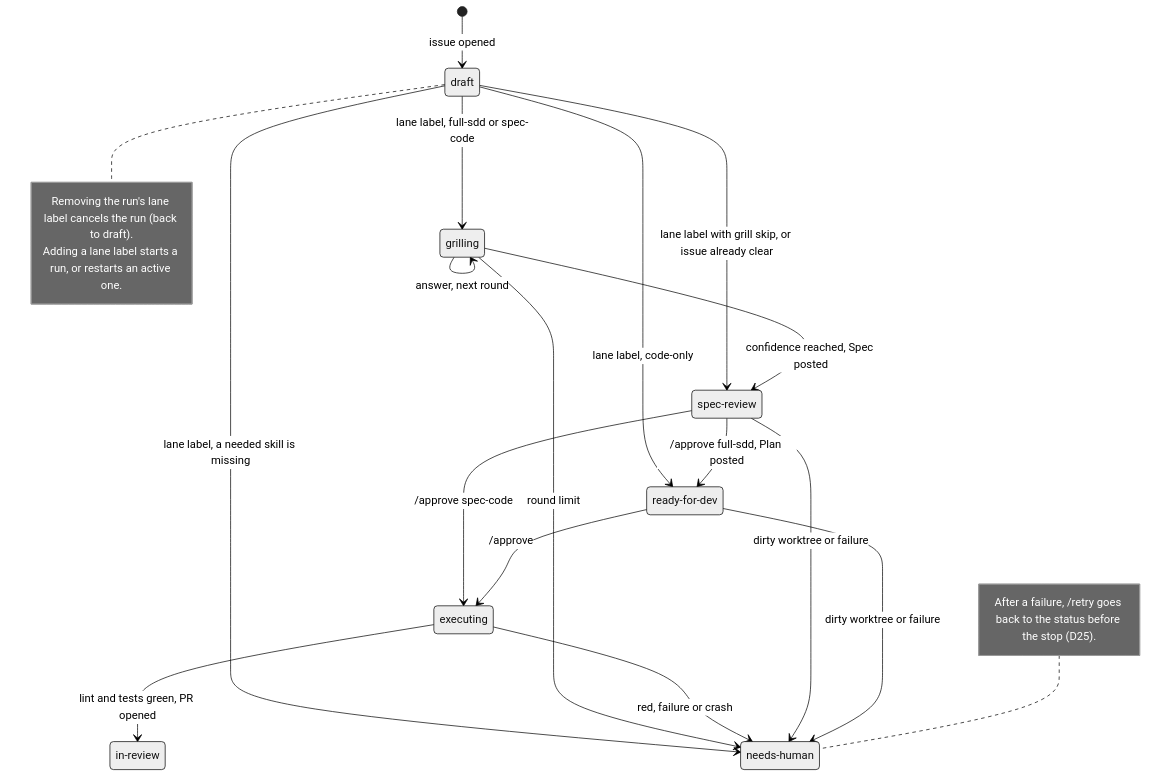
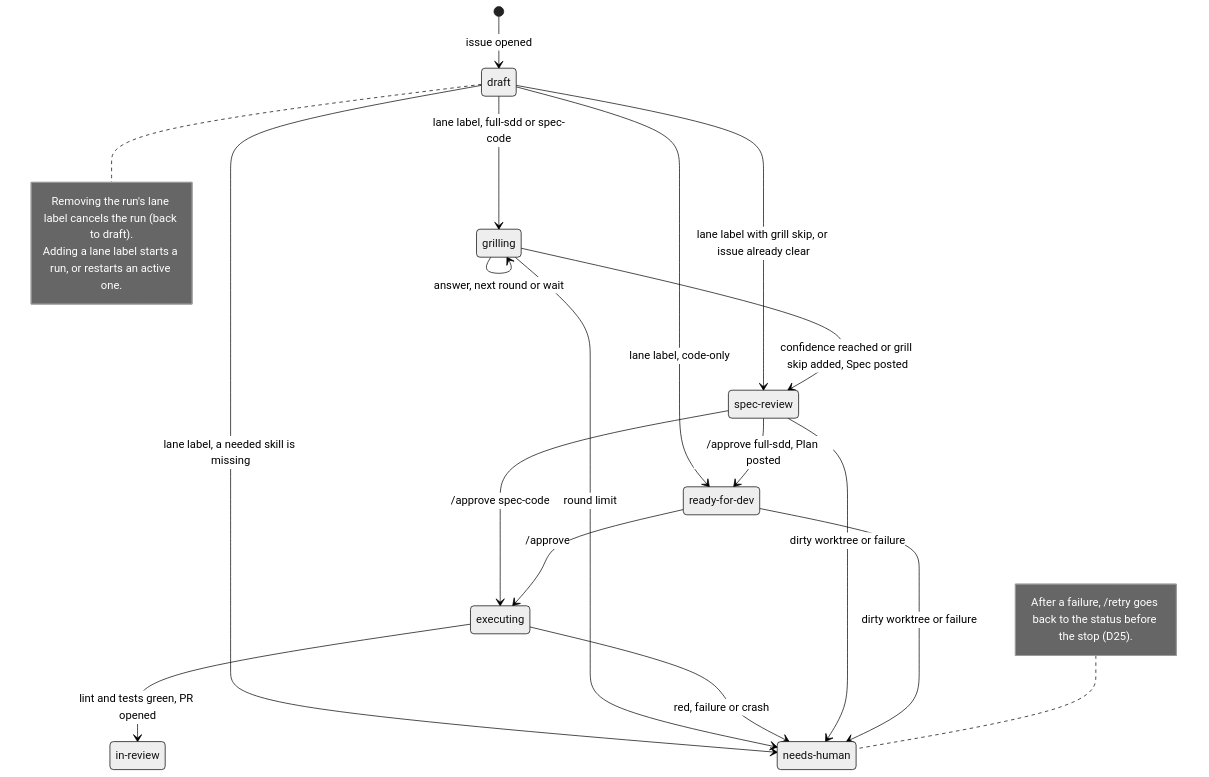
The diagram in docs/specs/spec-github-agent-architecture-overview.md (Hugoer/sdd-agent), drawn with Mermaid (neutral theme) before and after one commit. The commit also changed other lines of this file and 4 other files, not shown here.

Commit message:
docs: spec 6 grill-me: spec and plan approved (P1–P5 confirmed, review applied)

````diff
--- a/docs/specs/spec-github-agent-architecture-overview.md
+++ b/docs/specs/spec-github-agent-architecture-overview.md
@@ -357,35 +370,35 @@
 ```mermaid
 stateDiagram-v2
     state "draft" as draft
     state "grilling" as grilling
     state "spec-review" as specReview
     state "ready-for-dev" as readyForDev
     state "executing" as executing
     state "in-review" as inReview
     state "needs-human" as needsHuman
 
     [*] --> draft: issue opened
     draft --> grilling: lane label, full-sdd or spec-code
     draft --> specReview: lane label with grill skip, or issue already clear
     draft --> readyForDev: lane label, code-only
     draft --> needsHuman: lane label, a needed skill is missing
-    grilling --> grilling: answer, next round
-    grilling --> specReview: confidence reached, Spec posted
+    grilling --> grilling: answer, next round or wait
+    grilling --> specReview: confidence reached or grill skip added, Spec posted
     grilling --> needsHuman: round limit
     specReview --> readyForDev: /approve full-sdd, Plan posted
     specReview --> executing: /approve spec-code
     readyForDev --> executing: /approve
     executing --> inReview: lint and tests green, PR opened
     executing --> needsHuman: red, failure or crash
     specReview --> needsHuman: dirty worktree or failure
     readyForDev --> needsHuman: dirty worktree or failure
 
     note right of draft
         Removing the run's lane label cancels the run (back to draft).
         Adding a lane label starts a run, or restarts an active one.
     end note
 
     note left of needsHuman
         After a failure, /retry goes back to the status before the stop (D25).
     end note
 ```
````
